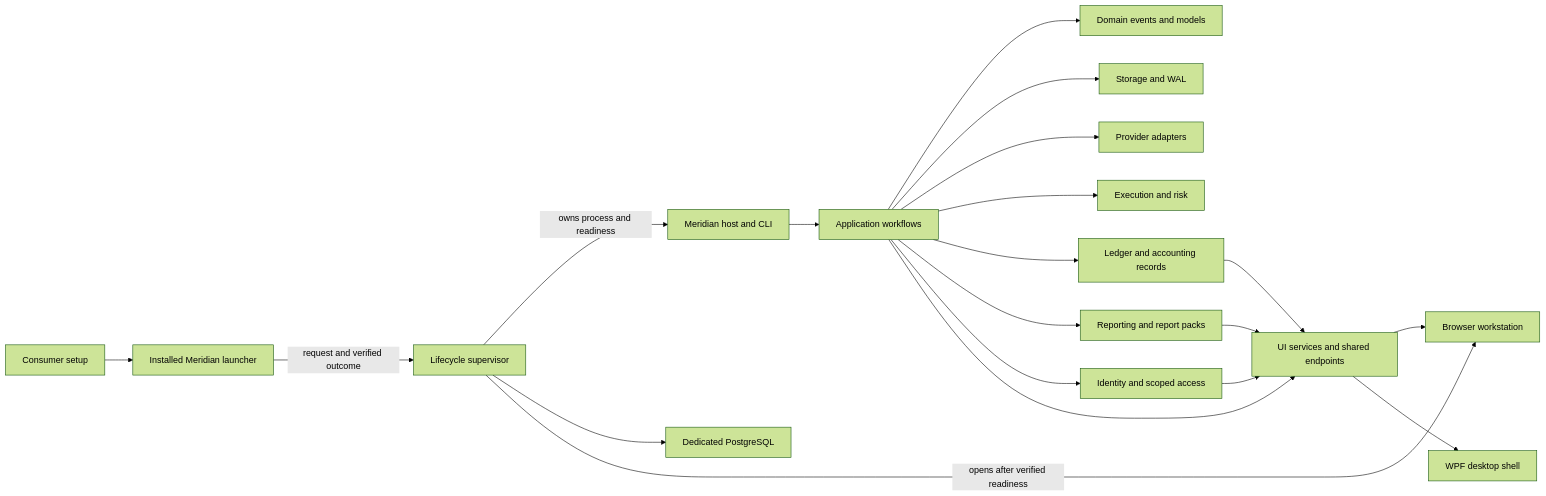
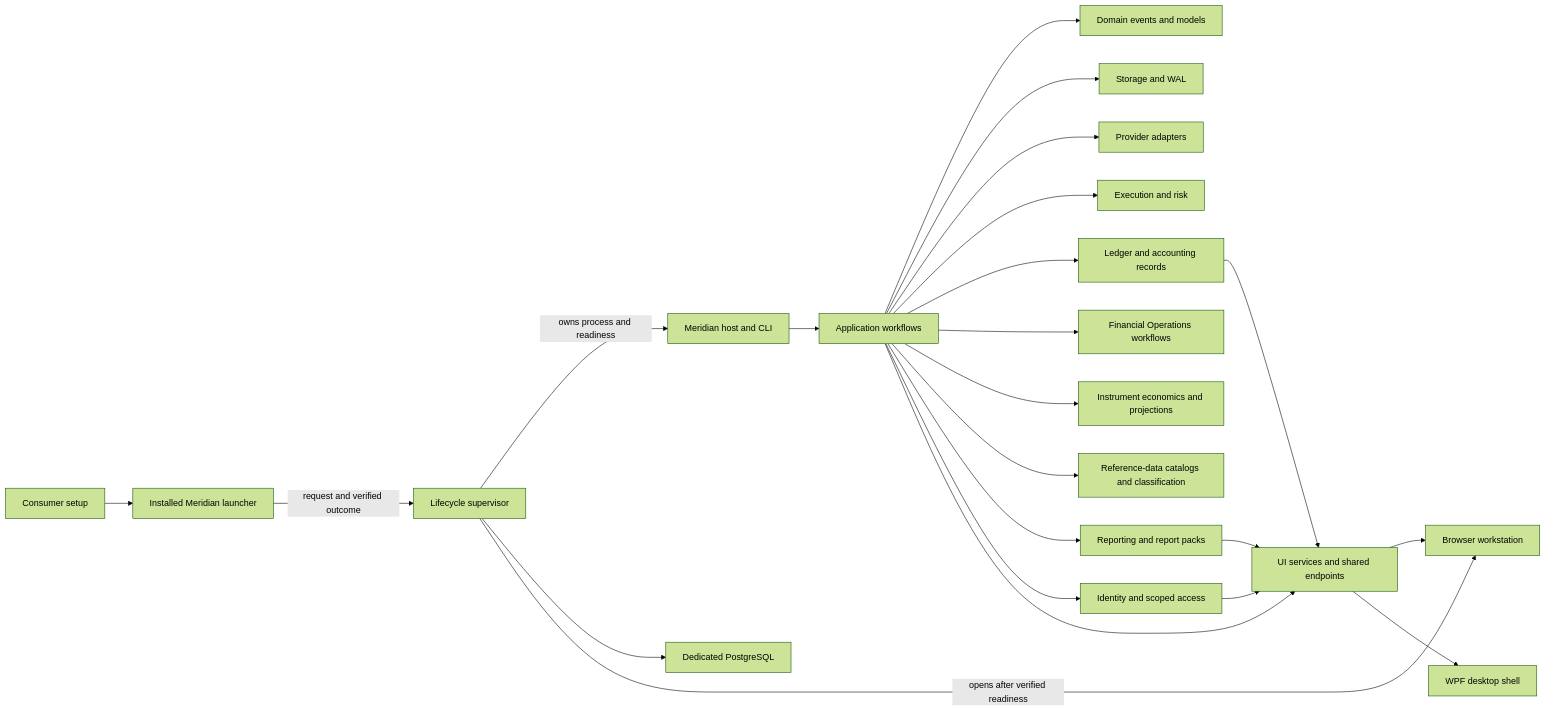
The diagram in docs/architecture/module-map.md (rodoHasArrived/Meridian-main), drawn with Mermaid (forest theme) before and after one commit. The commit also changed other lines of this file and 10 other files, not shown here.

Commit message:
docs: reconcile roadmap, project maps and readiness backlog

````diff
--- a/docs/architecture/module-map.md
+++ b/docs/architecture/module-map.md
@@ -17,22 +17,25 @@
 ```mermaid
 flowchart LR
   Setup["Consumer setup"] --> Launcher["Installed Meridian launcher"]
   Launcher -->|request and verified outcome| Supervisor["Lifecycle supervisor"]
   Supervisor -->|owns process and readiness| Host
   Supervisor --> Database["Dedicated PostgreSQL"]
   Supervisor -->|opens after verified readiness| Web
   Host["Meridian host and CLI"] --> Application["Application workflows"]
   Application --> Domain["Domain events and models"]
   Application --> Storage["Storage and WAL"]
   Application --> Providers["Provider adapters"]
   Application --> Execution["Execution and risk"]
   Application --> Ledger["Ledger and accounting records"]
+  Application --> FinancialOperations["Financial Operations workflows"]
+  Application --> Instruments["Instrument economics and projections"]
+  Application --> ReferenceData["Reference-data catalogs and classification"]
   Application --> Reporting["Reporting and report packs"]
   Application --> Identity["Identity and scoped access"]
   Application --> UiServices["UI services and shared endpoints"]
   Ledger --> UiServices
   Reporting --> UiServices
   Identity --> UiServices
   UiServices --> Web["Browser workstation"]
   UiServices --> Wpf["WPF desktop shell"]
 ```
````
